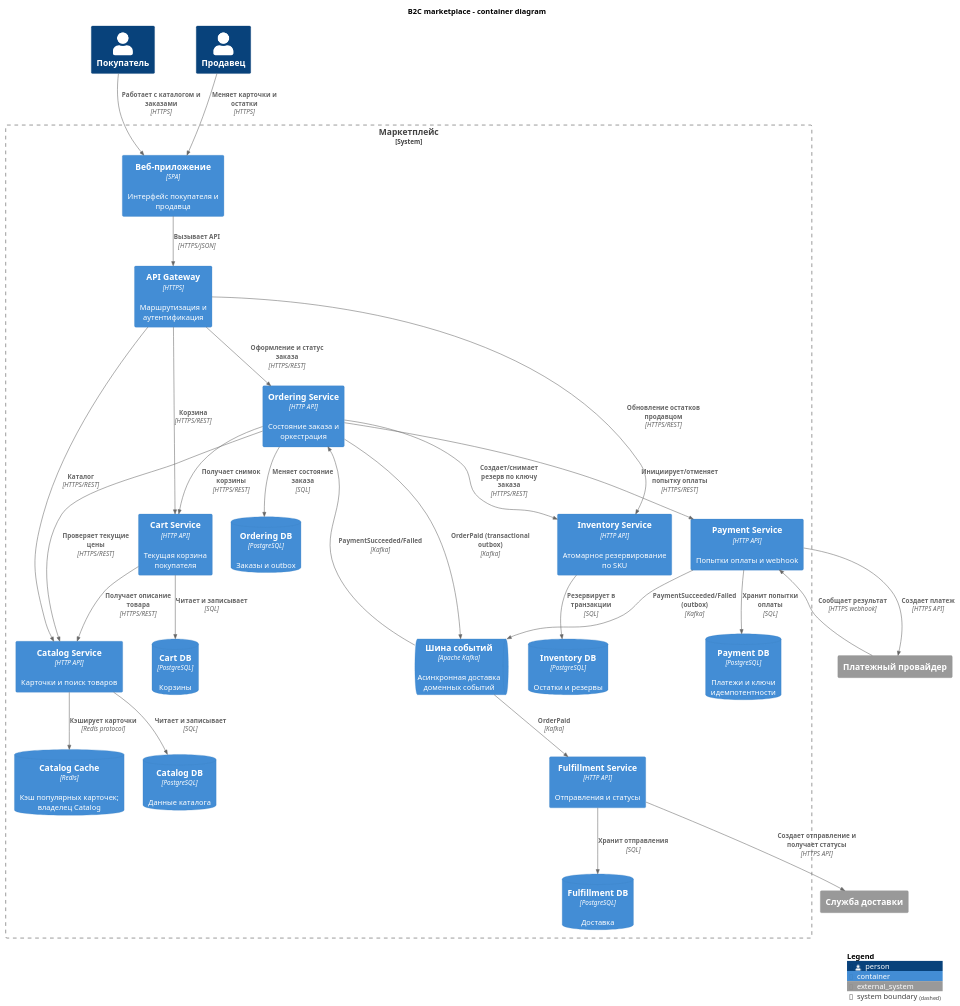
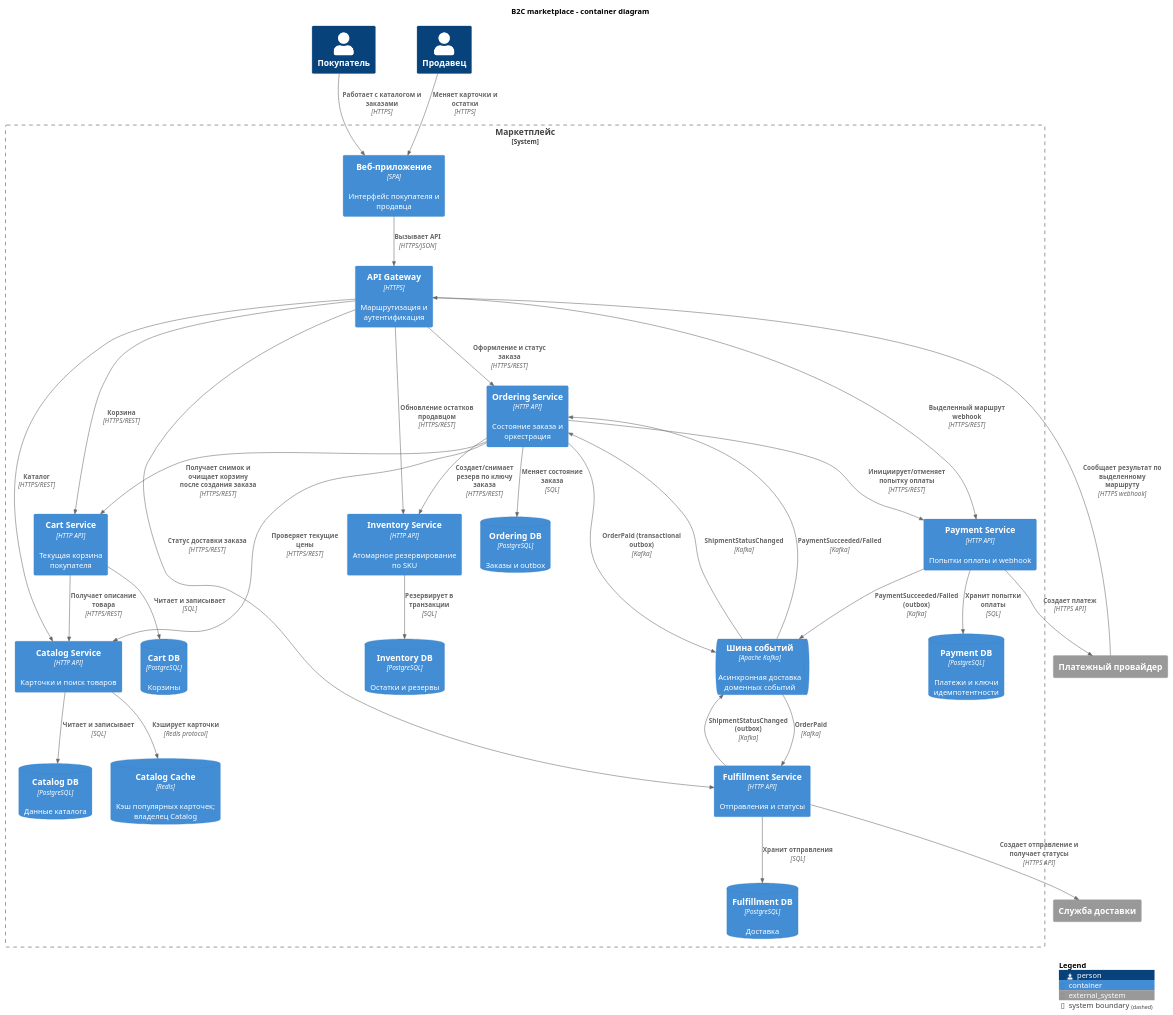
The diagram in docs/architecture/containers.puml (TemonDK/ais-lab1-marketplace), drawn with PlantUML before and after one commit. The commit also changed 39 other files, not shown here.

Commit message:
feat(lab2): реализовать Catalog, Cart, API Gateway и Pact

```diff
--- a/docs/architecture/containers.puml
+++ b/docs/architecture/containers.puml
@@ -1,66 +1,70 @@
 @startuml
 !include <C4/C4_Container>
 
 title B2C marketplace - container diagram
 LAYOUT_TOP_DOWN()
 
 Person(buyer, "Покупатель")
 Person(seller, "Продавец")
 System_Ext(psp, "Платежный провайдер")
 System_Ext(carrier, "Служба доставки")
 
 System_Boundary(marketplace, "Маркетплейс") {
     Container(web, "Веб-приложение", "SPA", "Интерфейс покупателя и продавца")
     Container(gateway, "API Gateway", "HTTPS", "Маршрутизация и аутентификация")
 
     Container(catalog, "Catalog Service", "HTTP API", "Карточки и поиск товаров")
     ContainerDb(catalogDb, "Catalog DB", "PostgreSQL", "Данные каталога")
     ContainerDb(catalogCache, "Catalog Cache", "Redis", "Кэш популярных карточек; владелец Catalog")
 
     Container(cart, "Cart Service", "HTTP API", "Текущая корзина покупателя")
     ContainerDb(cartDb, "Cart DB", "PostgreSQL", "Корзины")
 
     Container(stock, "Inventory Service", "HTTP API", "Атомарное резервирование по SKU")
     ContainerDb(stockDb, "Inventory DB", "PostgreSQL", "Остатки и резервы")
 
     Container(orders, "Ordering Service", "HTTP API", "Состояние заказа и оркестрация")
     ContainerDb(ordersDb, "Ordering DB", "PostgreSQL", "Заказы и outbox")
 
     Container(payments, "Payment Service", "HTTP API", "Попытки оплаты и webhook")
     ContainerDb(paymentsDb, "Payment DB", "PostgreSQL", "Платежи и ключи идемпотентности")
 
     Container(shipping, "Fulfillment Service", "HTTP API", "Отправления и статусы")
     ContainerDb(shippingDb, "Fulfillment DB", "PostgreSQL", "Доставка")
 
     ContainerQueue(bus, "Шина событий", "Apache Kafka", "Асинхронная доставка доменных событий")
 }
 
 Rel(buyer, web, "Работает с каталогом и заказами", "HTTPS")
 Rel(seller, web, "Меняет карточки и остатки", "HTTPS")
 Rel(web, gateway, "Вызывает API", "HTTPS/JSON")
 Rel(gateway, catalog, "Каталог", "HTTPS/REST")
 Rel(gateway, cart, "Корзина", "HTTPS/REST")
 Rel(gateway, stock, "Обновление остатков продавцом", "HTTPS/REST")
 Rel(gateway, orders, "Оформление и статус заказа", "HTTPS/REST")
+Rel(gateway, shipping, "Статус доставки заказа", "HTTPS/REST")
+Rel(gateway, payments, "Выделенный маршрут webhook", "HTTPS/REST")
 Rel(catalog, catalogDb, "Читает и записывает", "SQL")
 Rel(catalog, catalogCache, "Кэширует карточки", "Redis protocol")
 Rel(cart, cartDb, "Читает и записывает", "SQL")
 Rel(stock, stockDb, "Резервирует в транзакции", "SQL")
 Rel(orders, ordersDb, "Меняет состояние заказа", "SQL")
 Rel(payments, paymentsDb, "Хранит попытки оплаты", "SQL")
 Rel(shipping, shippingDb, "Хранит отправления", "SQL")
 Rel(cart, catalog, "Получает описание товара", "HTTPS/REST")
-Rel(orders, cart, "Получает снимок корзины", "HTTPS/REST")
+Rel(orders, cart, "Получает снимок и очищает корзину после создания заказа", "HTTPS/REST")
 Rel(orders, catalog, "Проверяет текущие цены", "HTTPS/REST")
 Rel(orders, stock, "Создает/снимает резерв по ключу заказа", "HTTPS/REST")
 Rel(orders, payments, "Инициирует/отменяет попытку оплаты", "HTTPS/REST")
 Rel(payments, psp, "Создает платеж", "HTTPS API")
-Rel(psp, payments, "Сообщает результат", "HTTPS webhook")
+Rel(psp, gateway, "Сообщает результат по выделенному маршруту", "HTTPS webhook")
 Rel(orders, bus, "OrderPaid (transactional outbox)", "Kafka")
 Rel(payments, bus, "PaymentSucceeded/Failed (outbox)", "Kafka")
 Rel(bus, orders, "PaymentSucceeded/Failed", "Kafka")
 Rel(bus, shipping, "OrderPaid", "Kafka")
+Rel(shipping, bus, "ShipmentStatusChanged (outbox)", "Kafka")
+Rel(bus, orders, "ShipmentStatusChanged", "Kafka")
 Rel(shipping, carrier, "Создает отправление и получает статусы", "HTTPS API")
 
 SHOW_LEGEND()
 @enduml
```
